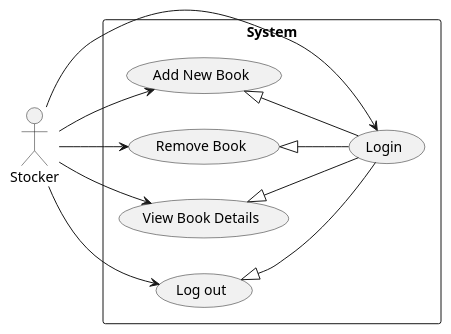
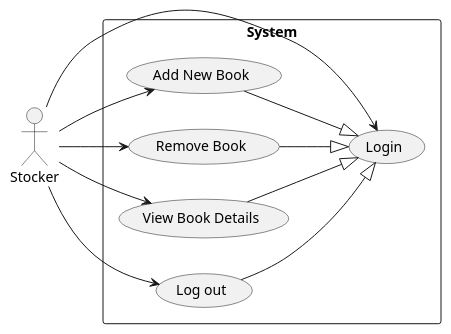
Before and after one commit to HabibaMekay/Bookstore-Management-System: the diagram in usecases/Diagrams/StockerFunctions.puml, drawn with PlantUML. The commit also changed 4 other files, not shown here.

Commit message:
fixe to use case diagrams

```diff
--- a/usecases/Diagrams/StockerFunctions.puml
+++ b/usecases/Diagrams/StockerFunctions.puml
@@ -1,26 +1,26 @@
 @startuml
 'https://plantuml.com/use-case-diagram
 
 left to right direction
 
 actor Stocker
 
 rectangle "System" {
     usecase "Login" as UC1
     usecase "Add New Book" as UC2
     usecase "Remove Book" as UC3
     usecase "View Book Details" as UC4
     usecase "Log out" as UC5
 }
 
 Stocker --> UC1
 Stocker --> UC2
 Stocker --> UC3
 Stocker --> UC4
 Stocker --> UC5
 
-UC2 <|-- UC1
-UC3 <|-- UC1
-UC4 <|-- UC1
-UC5 <|-- UC1
+UC2 --|> UC1
+UC3 --|> UC1
+UC4 --|> UC1
+UC5 --|>  UC1
 @enduml
```
